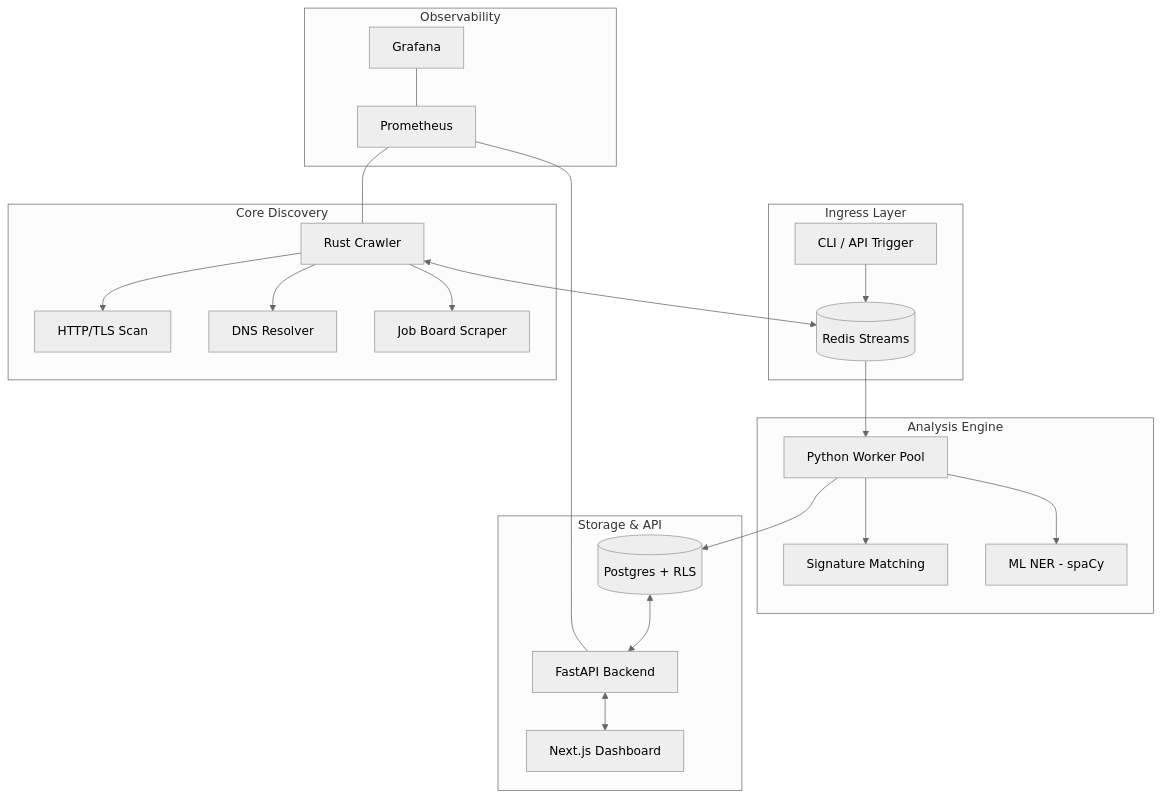
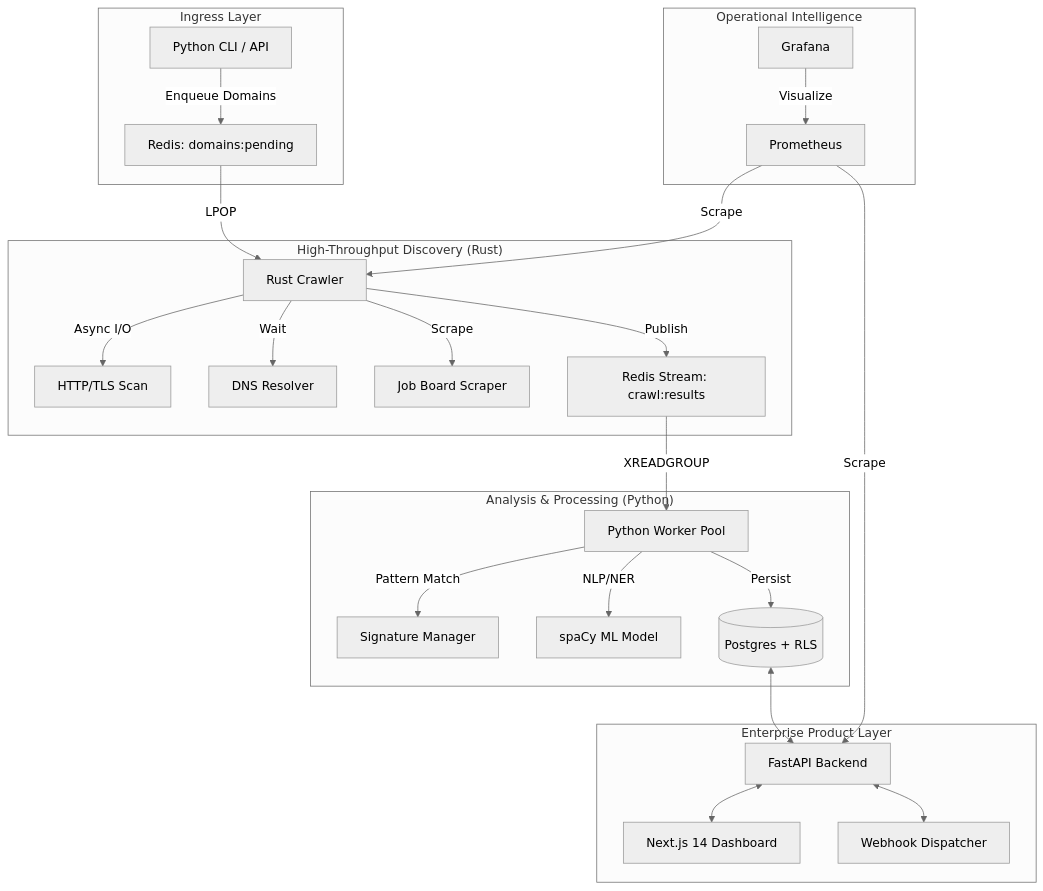
The diagram in README.md (NITIN9181/Distributed-Technographic-Discovery-Engine), drawn with Mermaid (neutral theme) before and after one commit. The commit also changed other lines of this file and 1 other file, not shown here.

````diff
--- a/README.md
+++ b/README.md
@@ -78,31 +33,33 @@
 ```mermaid
 graph TD
     subgraph "Ingress Layer"
-        CLI[CLI / API Trigger] --> Redis[(Redis Streams)]
+        CLI[Python CLI / API] -- "Enqueue Domains" --> RS_PEND[Redis: domains:pending]
     end
 
-    subgraph "Core Discovery"
-        Crawl[Rust Crawler] <--> Redis
-        Crawl --> HTTP[HTTP/TLS Scan]
-        Crawl --> DNS[DNS Resolver]
-        Crawl --> Job[Job Board Scraper]
+    subgraph "High-Throughput Discovery (Rust)"
+        RS_PEND -- "LPOP" --> Crawler[Rust Crawler]
+        Crawler -- "Async I/O" --> HTTP[HTTP/TLS Scan]
+        Crawler -- "Wait" --> DNS[DNS Resolver]
+        Crawler -- "Scrape" --> Job[Job Board Scraper]
+        Crawler -- "Publish" --> RS_RESULTS[Redis Stream: crawl:results]
     end
 
-    subgraph "Analysis Engine"
-        Redis --> Worker[Python Worker Pool]
-        Worker --> Sig[Signature Matching]
-        Worker --> NER[ML NER - spaCy]
+    subgraph "Analysis & Processing (Python)"
+        RS_RESULTS -- "XREADGROUP" --> Workers[Python Worker Pool]
+        Workers -- "Pattern Match" --> Sig[Signature Manager]
+        Workers -- "NLP/NER" --> spaCy[spaCy ML Model]
+        Workers -- "Persist" --> DB[(Postgres + RLS)]
     end
 
-    subgraph "Storage & API"
-        Worker --> PG[(Postgres + RLS)]
-        PG <--> API[FastAPI Backend]
-        API <--> Web[Next.js Dashboard]
+    subgraph "Enterprise Product Layer"
+        DB <--> API[FastAPI Backend]
+        API <--> Web[Next.js 14 Dashboard]
+        API <--> Hook[Webhook Dispatcher]
     end
 
-    subgraph "Observability"
-        Prom[Prometheus] --- API
-        Prom --- Crawl
-        Graf[Grafana] --- Prom
+    subgraph "Operational Intelligence"
+        Prom[Prometheus] -- "Scrape" --> Crawler
+        Prom -- "Scrape" --> API
+        Graf[Grafana] -- "Visualize" --> Prom
     end
 ```
````
